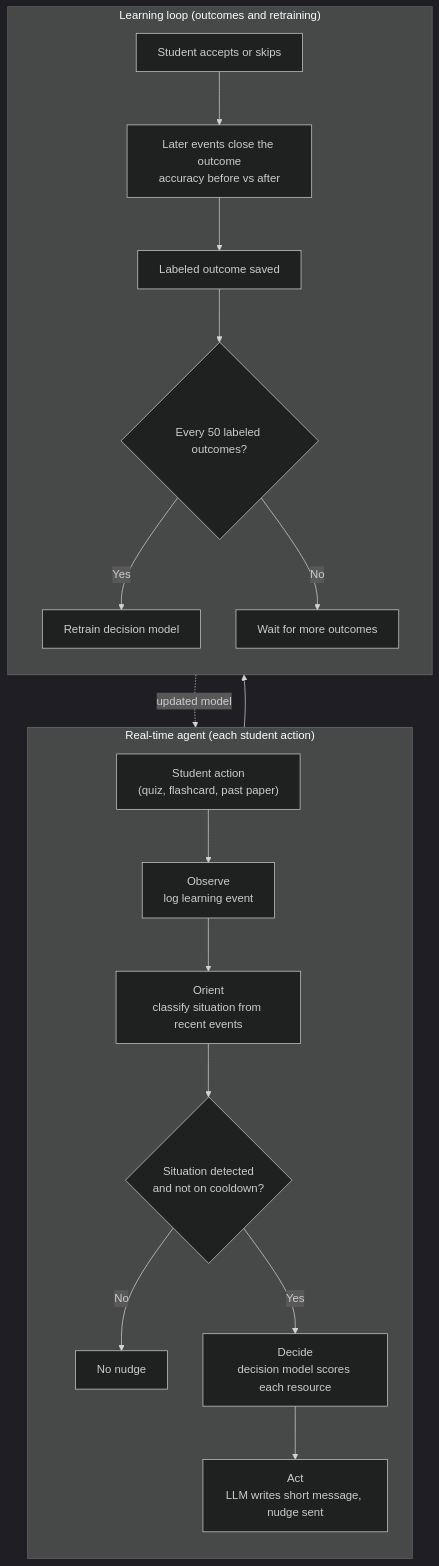
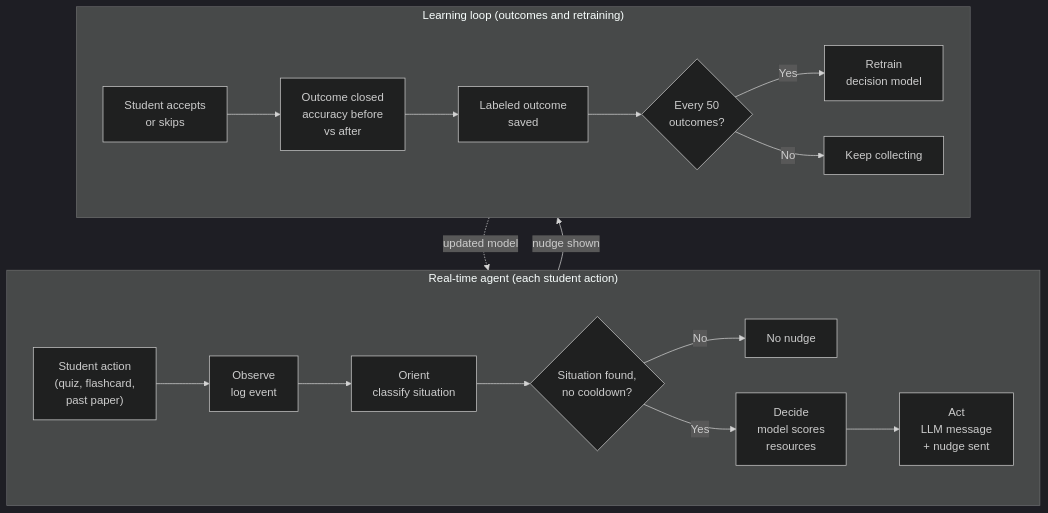
Before and after one commit to hameezG/AITS-case-study: the second of 2 diagrams in README.md, drawn with Mermaid (dark theme). The commit also changed other lines of this file, not shown here.

Commit message:
fixed diagram

````diff
--- a/README.md
+++ b/README.md
@@ -93,24 +89,25 @@
 ```mermaid
 flowchart TD
     subgraph Agent["Real-time agent (each student action)"]
-        direction TB
-        A["Student action<br/>(quiz, flashcard, past paper)"] --> B["Observe<br/>log learning event"]
-        B --> C["Orient<br/>classify situation from recent events"]
-        C --> D{"Situation detected<br/>and not on cooldown?"}
+        direction LR
+        A["Student action<br/>(quiz, flashcard,<br/>past paper)"] --> B["Observe<br/>log event"]
+        B --> C["Orient<br/>classify situation"]
+        C --> D{"Situation found,<br/>no cooldown?"}
         D -- No --> E["No nudge"]
-        D -- Yes --> F["Decide<br/>decision model scores each resource"]
-        F --> G["Act<br/>LLM writes short message, nudge sent"]
+        D -- Yes --> F["Decide<br/>model scores<br/>resources"]
+        F --> G["Act<br/>LLM message<br/>+ nudge sent"]
     end
 
     subgraph Loop["Learning loop (outcomes and retraining)"]
-        direction TB
-        H["Student accepts or skips"] --> I["Later events close the outcome<br/>accuracy before vs after"]
-        I --> J["Labeled outcome saved"]
-        J --> K{"Every 50 labeled outcomes?"}
-        K -- Yes --> L["Retrain decision model"]
-        K -- No --> M["Wait for more outcomes"]
+        direction LR
+        H["Student accepts<br/>or skips"] --> I["Outcome closed<br/>accuracy before<br/>vs after"]
+        I --> J["Labeled outcome<br/>saved"]
+        J --> K{"Every 50<br/>outcomes?"}
+        K -- Yes --> L["Retrain<br/>decision model"]
+        K -- No --> M["Keep collecting"]
     end
 
-    G --> H
-    L -.->|"updated model"| F
+    Agent -->|"nudge shown"| Loop
+    Loop -.->|"updated model"| Agent
+
 ```
````
